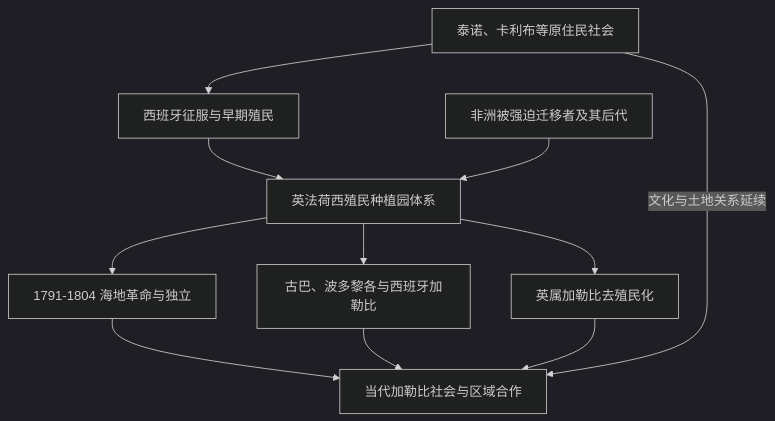
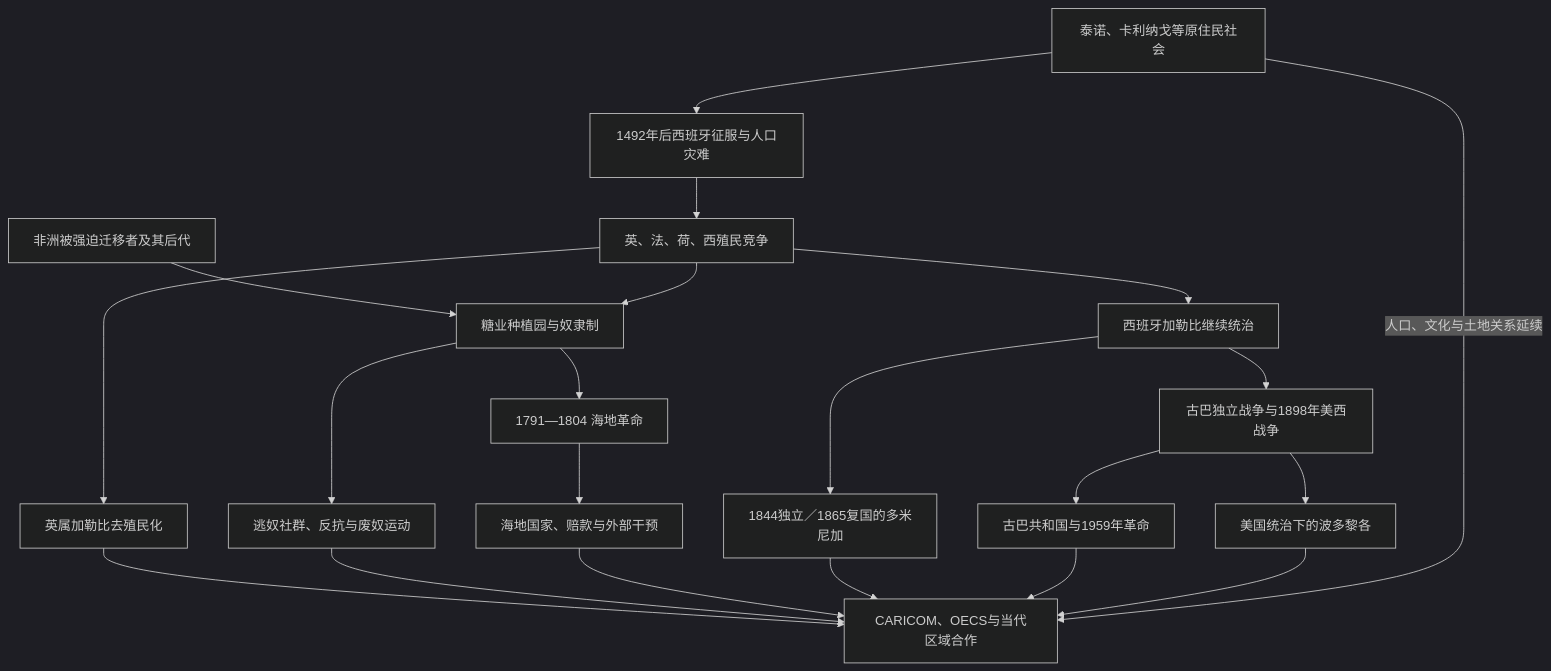
The diagram in 人文科学/历史/美洲/加勒比/README.md (tianlan-dev/learning-notes), drawn with Mermaid (dark theme) before and after one commit. The commit also changed other lines of this file and 1417 other files, not shown here.

````diff
--- a/人文科学/历史/美洲/加勒比/README.md
+++ b/人文科学/历史/美洲/加勒比/README.md
@@ -13,13 +15,23 @@
 ```mermaid
 flowchart TD
-    Indigenous["泰诺、卡利布等原住民社会"] --> Spanish["西班牙征服与早期殖民"]
-    Spanish --> Plantation["英法荷西殖民种植园体系"]
-    Africa["非洲被强迫迁移者及其后代"] --> Plantation
-    Plantation --> Haiti["1791-1804 海地革命与独立"]
-    Plantation --> SpanishCaribbean["古巴、波多黎各与西班牙加勒比"]
-    Plantation --> BritishCaribbean["英属加勒比去殖民化"]
-    Haiti --> Modern["当代加勒比社会与区域合作"]
-    SpanishCaribbean --> Modern
-    BritishCaribbean --> Modern
-    Indigenous -->|文化与土地关系延续| Modern
+    Indigenous["泰诺、卡利纳戈等原住民社会"] --> Conquest["1492年后西班牙征服与人口灾难"]
+    Conquest --> RivalEmpires["英、法、荷、西殖民竞争"]
+    Africa["非洲被强迫迁移者及其后代"] --> Plantation["糖业种植园与奴隶制"]
+    RivalEmpires --> Plantation
+    Plantation --> Maroon["逃奴社群、反抗与废奴运动"]
+    Plantation --> Haiti["1791—1804 海地革命"]
+    Haiti --> HaitiState["海地国家、赔款与外部干预"]
+    RivalEmpires --> SpanishCaribbean["西班牙加勒比继续统治"]
+    SpanishCaribbean --> Dominican["1844独立／1865复国的多米尼加"]
+    SpanishCaribbean --> War1898["古巴独立战争与1898年美西战争"]
+    War1898 --> Cuba["古巴共和国与1959年革命"]
+    War1898 --> PuertoRico["美国统治下的波多黎各"]
+    RivalEmpires --> BritishDecolonization["英属加勒比去殖民化"]
+    BritishDecolonization --> Regionalism["CARICOM、OECS与当代区域合作"]
+    Maroon --> Regionalism
+    HaitiState --> Regionalism
+    Dominican --> Regionalism
+    Cuba --> Regionalism
+    PuertoRico --> Regionalism
+    Indigenous -->|人口、文化与土地关系延续| Regionalism
 ```
````
